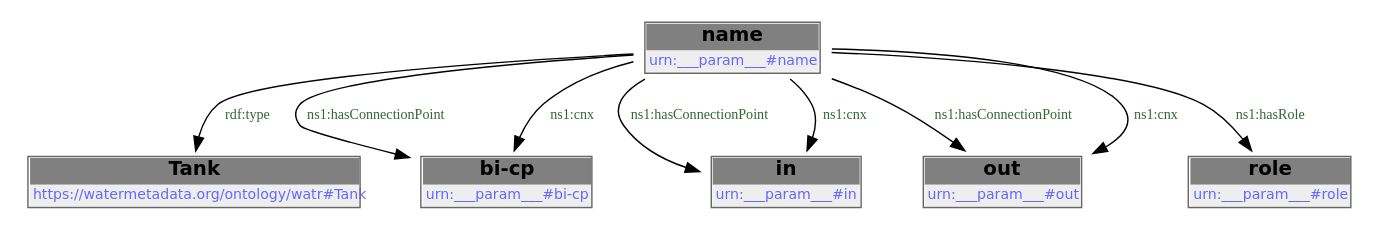
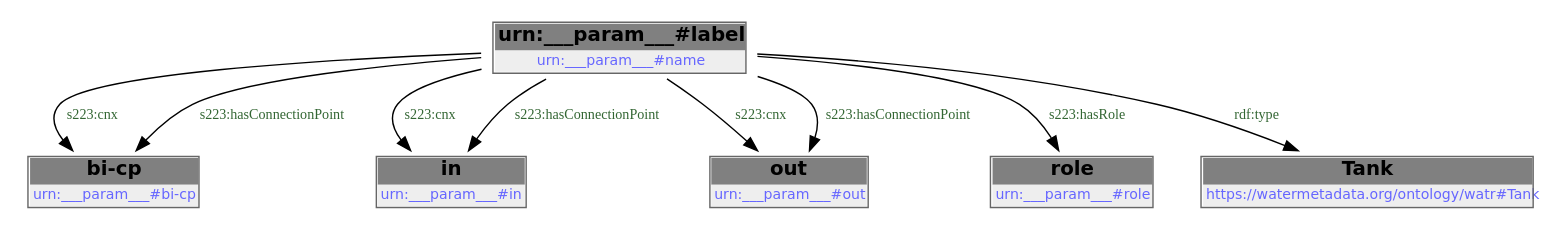
One commit to DataDrivenCPS/water-ontology changed the diagram in docs/libraries/templates/tank.rst. Above: the diagram before and after it, drawn with Graphviz. The commit also changed other lines of this file and 83 other files, not shown here.

```diff
--- a/docs/libraries/templates/tank.rst
+++ b/docs/libraries/templates/tank.rst
@@ -95,19 +97,25 @@
-        .. graphviz::
+.. graphviz::
 
-                digraph G {
-            node [fontname="DejaVu Sans"];
-            node0 -> node1 [color=BLACK, label=< <font point-size='10' color='#336633'>rdf:type</font> >];
-            node0 -> node2 [color=BLACK, label=< <font point-size='10' color='#336633'>ns1:hasConnectionPoint</font> >];
-            node0 -> node3 [color=BLACK, label=< <font point-size='10' color='#336633'>ns1:hasConnectionPoint</font> >];
-            node0 -> node4 [color=BLACK, label=< <font point-size='10' color='#336633'>ns1:hasConnectionPoint</font> >];
-            node0 -> node5 [color=BLACK, label=< <font point-size='10' color='#336633'>ns1:hasRole</font> >];
-            node0 -> node3 [color=BLACK, label=< <font point-size='10' color='#336633'>ns1:cnx</font> >];
-            node0 -> node2 [color=BLACK, label=< <font point-size='10' color='#336633'>ns1:cnx</font> >];
-            node0 -> node4 [color=BLACK, label=< <font point-size='10' color='#336633'>ns1:cnx</font> >];
-            node0 [shape=none, color=black, label=< <table color='#666666' cellborder='0' cellspacing='0' border='1'><tr><td colspan='2' bgcolor='grey'><B>name</B></td></tr><tr><td href='urn:___param___#name' bgcolor='#eeeeee' colspan='2'><font point-size='10' color='#6666ff'>urn:___param___#name</font></td></tr></table> >];
-            node1 [shape=none, color=black, label=< <table color='#666666' cellborder='0' cellspacing='0' border='1'><tr><td colspan='2' bgcolor='grey'><B>Tank</B></td></tr><tr><td href='https://watermetadata.org/ontology/watr#Tank' bgcolor='#eeeeee' colspan='2'><font point-size='10' color='#6666ff'>https://watermetadata.org/ontology/watr#Tank</font></td></tr></table> >];
-            node2 [shape=none, color=black, label=< <table color='#666666' cellborder='0' cellspacing='0' border='1'><tr><td colspan='2' bgcolor='grey'><B>bi-cp</B></td></tr><tr><td href='urn:___param___#bi-cp' bgcolor='#eeeeee' colspan='2'><font point-size='10' color='#6666ff'>urn:___param___#bi-cp</font></td></tr></table> >];
-            node3 [shape=none, color=black, label=< <table color='#666666' cellborder='0' cellspacing='0' border='1'><tr><td colspan='2' bgcolor='grey'><B>in</B></td></tr><tr><td href='urn:___param___#in' bgcolor='#eeeeee' colspan='2'><font point-size='10' color='#6666ff'>urn:___param___#in</font></td></tr></table> >];
-            node4 [shape=none, color=black, label=< <table color='#666666' cellborder='0' cellspacing='0' border='1'><tr><td colspan='2' bgcolor='grey'><B>out</B></td></tr><tr><td href='urn:___param___#out' bgcolor='#eeeeee' colspan='2'><font point-size='10' color='#6666ff'>urn:___param___#out</font></td></tr></table> >];
-            node5 [shape=none, color=black, label=< <table color='#666666' cellborder='0' cellspacing='0' border='1'><tr><td colspan='2' bgcolor='grey'><B>role</B></td></tr><tr><td href='urn:___param___#role' bgcolor='#eeeeee' colspan='2'><font point-size='10' color='#6666ff'>urn:___param___#role</font></td></tr></table> >];
-            }
+    digraph {
+     node [ fontname="DejaVu Sans" ] ;
+        node0 -> node1 [ color=BLACK, label=< <font point-size='10' color='#336633'>s223:cnx</font> > ] ;
+        node0 -> node2 [ color=BLACK, label=< <font point-size='10' color='#336633'>s223:cnx</font> > ] ;
+        node0 -> node3 [ color=BLACK, label=< <font point-size='10' color='#336633'>s223:cnx</font> > ] ;
+        node0 -> node1 [ color=BLACK, label=< <font point-size='10' color='#336633'>s223:hasConnectionPoint</font> > ] ;
+        node0 -> node2 [ color=BLACK, label=< <font point-size='10' color='#336633'>s223:hasConnectionPoint</font> > ] ;
+        node0 -> node3 [ color=BLACK, label=< <font point-size='10' color='#336633'>s223:hasConnectionPoint</font> > ] ;
+        node0 -> node4 [ color=BLACK, label=< <font point-size='10' color='#336633'>s223:hasRole</font> > ] ;
+        node0 -> node5 [ color=BLACK, label=< <font point-size='10' color='#336633'>rdf:type</font> > ] ;
+    # urn:___param___#name node0
+    node0 [ shape=none, color=black label=< <table color='#666666' cellborder='0' cellspacing='0' border='1'><tr><td colspan='2' bgcolor='grey'><B>urn:___param___#label</B></td></tr><tr><td href='urn:___param___#name' bgcolor='#eeeeee' colspan='2'><font point-size='10' color='#6666ff'>urn:___param___#name</font></td></tr></table> > ]
+    # urn:___param___#bi-cp node1
+    node1 [ shape=none, color=black label=< <table color='#666666' cellborder='0' cellspacing='0' border='1'><tr><td colspan='2' bgcolor='grey'><B>bi-cp</B></td></tr><tr><td href='urn:___param___#bi-cp' bgcolor='#eeeeee' colspan='2'><font point-size='10' color='#6666ff'>urn:___param___#bi-cp</font></td></tr></table> > ]
+    # urn:___param___#in node2
+    node2 [ shape=none, color=black label=< <table color='#666666' cellborder='0' cellspacing='0' border='1'><tr><td colspan='2' bgcolor='grey'><B>in</B></td></tr><tr><td href='urn:___param___#in' bgcolor='#eeeeee' colspan='2'><font point-size='10' color='#6666ff'>urn:___param___#in</font></td></tr></table> > ]
+    # urn:___param___#out node3
+    node3 [ shape=none, color=black label=< <table color='#666666' cellborder='0' cellspacing='0' border='1'><tr><td colspan='2' bgcolor='grey'><B>out</B></td></tr><tr><td href='urn:___param___#out' bgcolor='#eeeeee' colspan='2'><font point-size='10' color='#6666ff'>urn:___param___#out</font></td></tr></table> > ]
+    # urn:___param___#role node4
+    node4 [ shape=none, color=black label=< <table color='#666666' cellborder='0' cellspacing='0' border='1'><tr><td colspan='2' bgcolor='grey'><B>role</B></td></tr><tr><td href='urn:___param___#role' bgcolor='#eeeeee' colspan='2'><font point-size='10' color='#6666ff'>urn:___param___#role</font></td></tr></table> > ]
+    # https://watermetadata.org/ontology/watr#Tank node5
+    node5 [ shape=none, color=black label=< <table color='#666666' cellborder='0' cellspacing='0' border='1'><tr><td colspan='2' bgcolor='grey'><B>Tank</B></td></tr><tr><td href='https://watermetadata.org/ontology/watr#Tank' bgcolor='#eeeeee' colspan='2'><font point-size='10' color='#6666ff'>https://watermetadata.org/ontology/watr#Tank</font></td></tr></table> > ]
+    }
```
